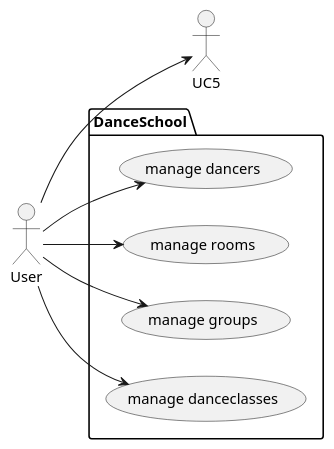
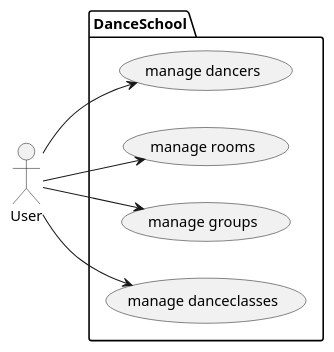
Before and after one commit to 2122-5ahif-nvs/02-microproject-Paatz: the diagram in asciidocs/plantuml/ucd.puml, drawn with PlantUML. The commit also changed 3 other files, not shown here.

```diff
--- a/asciidocs/plantuml/ucd.puml
+++ b/asciidocs/plantuml/ucd.puml
@@ -1,17 +1,16 @@
 @startuml
 left to right direction
 actor User as user
 
 package DanceSchool {
   usecase "manage dancers" as UC1
   usecase "manage rooms" as UC2
   usecase "manage groups" as UC3
   usecase "manage danceclasses" as UC4
 }
 
 user --> UC1
 user --> UC2
 user --> UC3
 user --> UC4
-user --> UC5
 @enduml
```
